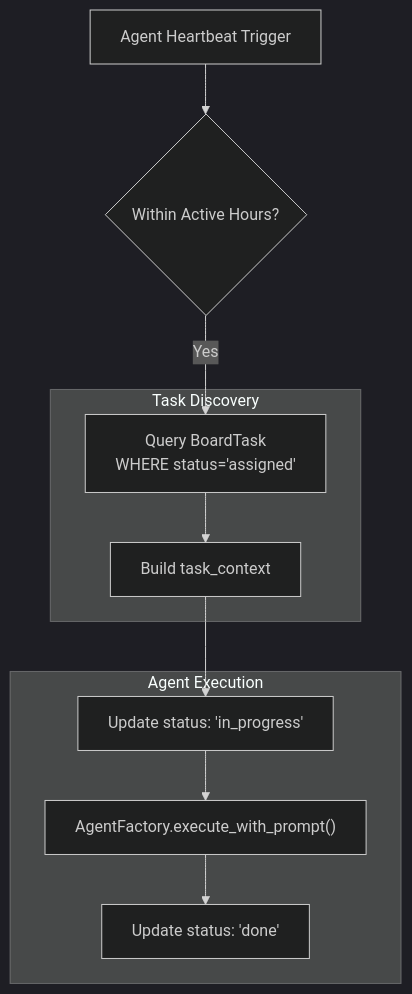
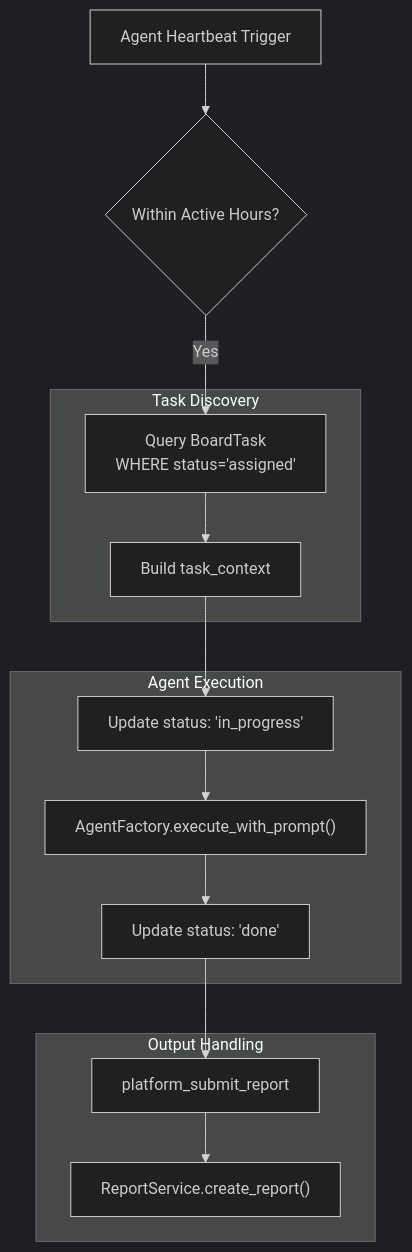
The fourth of 4 diagrams in docs/heartbeat-proactive-assistant/_index.md (AutomatosAI/automatos-ai), drawn with Mermaid (dark theme) before and after one commit. The commit also changed other lines of this file and 153 other files, not shown here.

````diff
--- a/docs/heartbeat-proactive-assistant/_index.md
+++ b/docs/heartbeat-proactive-assistant/_index.md
@@ -217,23 +191,30 @@
 ```mermaid
 graph TB
     Trigger["Agent Heartbeat Trigger"]
     ActiveHours{"Within Active Hours?"}
     
     subgraph "Task Discovery"
         Query["Query BoardTask<br/>WHERE status='assigned'"]
         TaskContext["Build task_context"]
     end
     
     subgraph "Agent Execution"
         StatusInProgress["Update status: 'in_progress'"]
         ExecutePrompt["AgentFactory.execute_with_prompt()"]
         StatusDone["Update status: 'done'"]
     end
     
+    subgraph "Output Handling"
+        ReportSvc["ReportService.create_report()"]
+        PlatformAction["platform_submit_report"]
+    end
+    
     Trigger --> ActiveHours
     ActiveHours -->|Yes| Query
     Query --> TaskContext
     TaskContext --> StatusInProgress
     StatusInProgress --> ExecutePrompt
     ExecutePrompt --> StatusDone
+    StatusDone --> PlatformAction
+    PlatformAction --> ReportSvc
 ```
````
